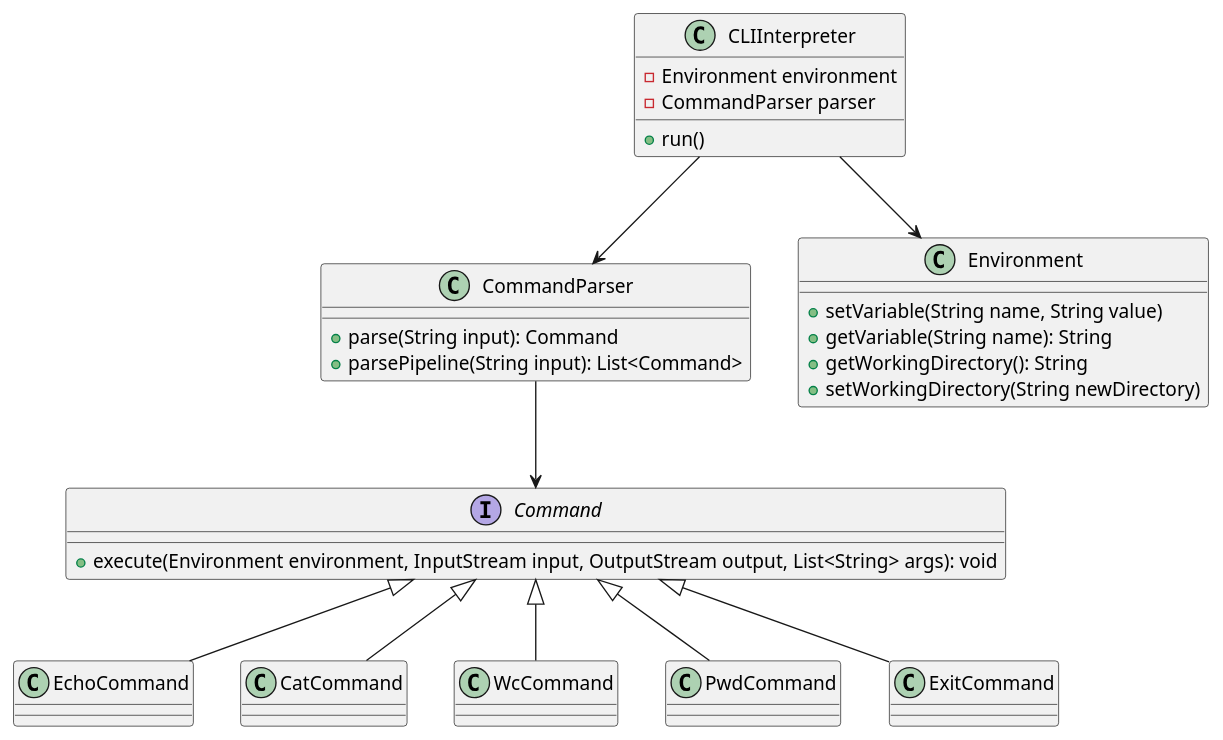
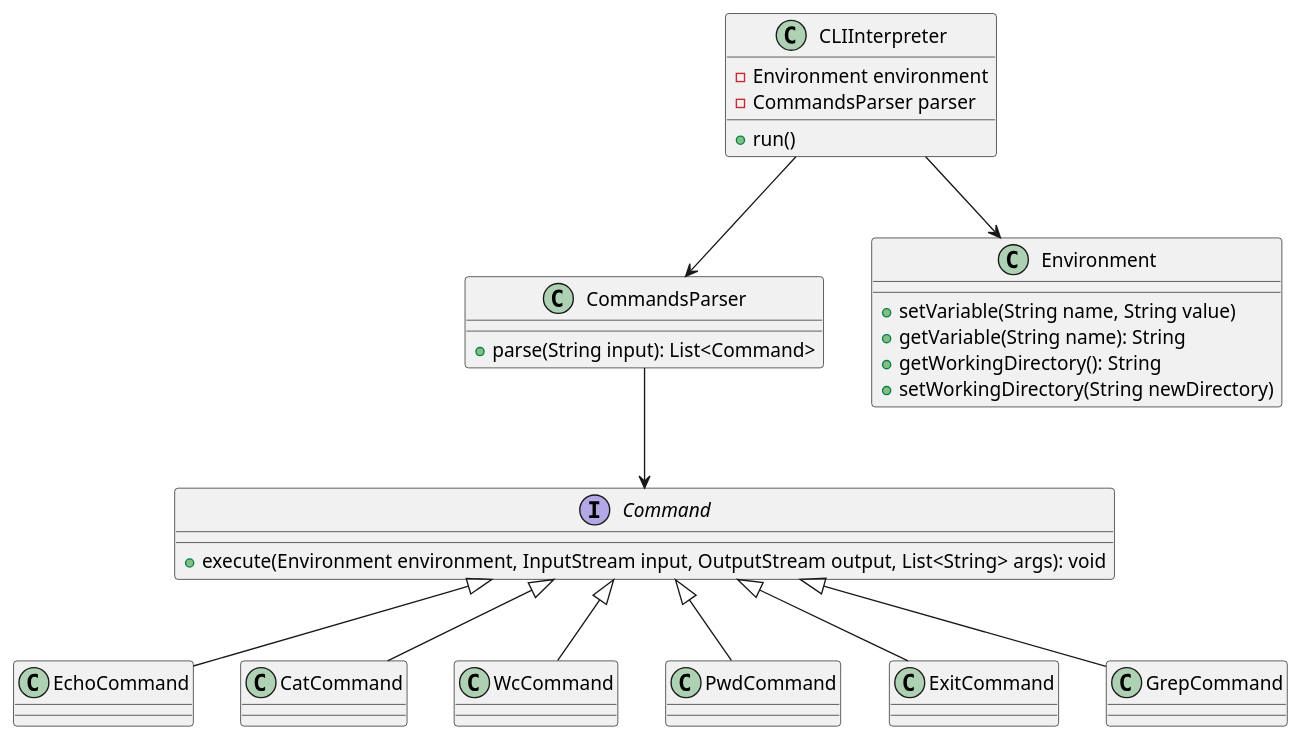
One commit to itmo-software-design/cli changed the diagram in docs/classes.puml. Above: the diagram before and after it, drawn with PlantUML. The commit also changed 6 other files, not shown here.

Commit message:
Supported Grep command.

```diff
--- a/docs/classes.puml
+++ b/docs/classes.puml
@@ -1,43 +1,45 @@
 @startuml
 class CLIInterpreter {
     - Environment environment
-    - CommandParser parser
+    - CommandsParser parser
     + run()
 }
 
-class CommandParser {
-    + parse(String input): Command
-    + parsePipeline(String input): List<Command>
+class CommandsParser {
+    + parse(String input): List<Command>
 }
 
 class Environment {
     + setVariable(String name, String value)
     + getVariable(String name): String
     + getWorkingDirectory(): String
     + setWorkingDirectory(String newDirectory)
 }
 
 interface Command {
     + execute(Environment environment, InputStream input, OutputStream output, List<String> args): void
 }
 
 class EchoCommand
 
 class CatCommand
 
 class WcCommand
 
 class PwdCommand
 
 class ExitCommand
 
-CLIInterpreter --> CommandParser
+class GrepCommand
+
+CLIInterpreter --> CommandsParser
 CLIInterpreter --> Environment
-CommandParser --> Command
+CommandsParser --> Command
 Command <|-- EchoCommand
 Command <|-- CatCommand
 Command <|-- WcCommand
 Command <|-- PwdCommand
 Command <|-- ExitCommand
+Command <|-- GrepCommand
 
 @enduml
```
